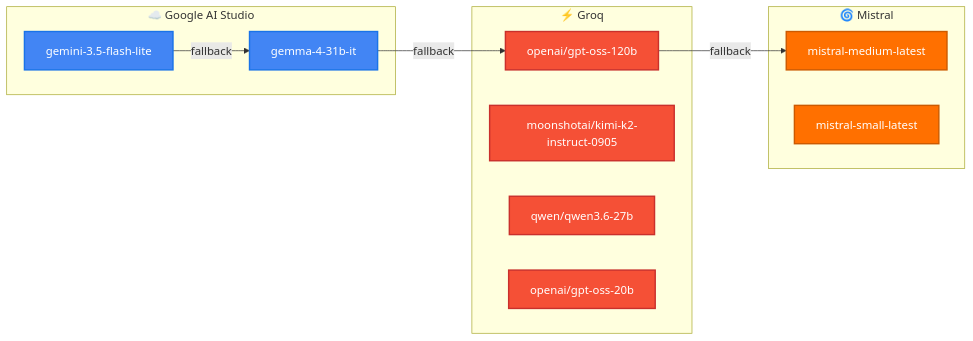
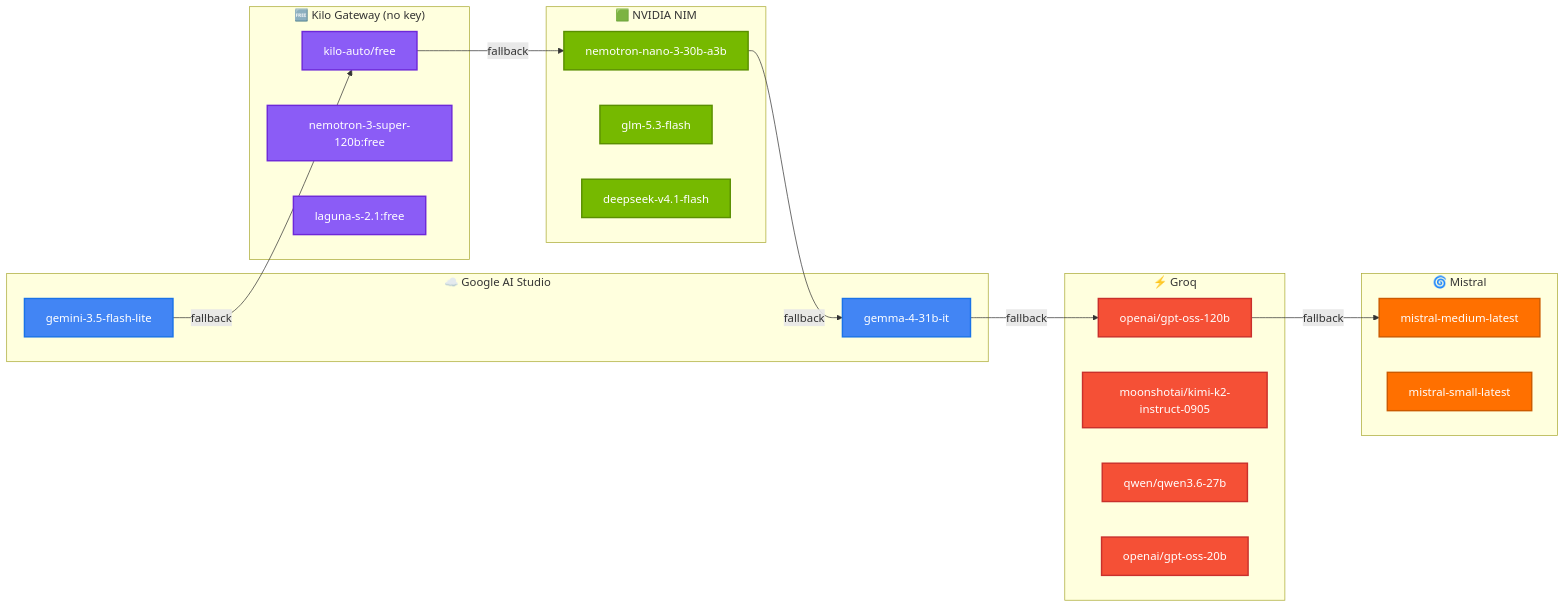
The third of 3 diagrams in README.md (kvcops/JobHunterX), drawn with Mermaid before and after one commit. The commit also changed other lines of this file and 17 other files, not shown here.

First line of the commit message:
Free AI with no key (Kilo), NVIDIA NIM, and keyless Deep Search

````diff
--- a/README.md
+++ b/README.md
@@ -401,25 +403,39 @@
 ```mermaid
 graph LR
     subgraph Google["☁️ Google AI Studio"]
         G1["gemma-4-31b-it"]
         G2["gemini-3.5-flash-lite"]
     end
     subgraph Groq["⚡ Groq"]
         GR1["openai/gpt-oss-120b"]
         GR2["moonshotai/kimi-k2-instruct-0905"]
         GR3["qwen/qwen3.6-27b"]
         GR4["openai/gpt-oss-20b"]
     end
     subgraph Mistral["🌀 Mistral"]
         M1["mistral-medium-latest"]
         M2["mistral-small-latest"]
     end
-    G2 -->|fallback| G1 -->|fallback| GR1 -->|fallback| M1
+    subgraph Kilo["🆓 Kilo Gateway (no key)"]
+        K1["kilo-auto/free"]
+        K2["nemotron-3-super-120b:free"]
+        K3["laguna-s-2.1:free"]
+    end
+    subgraph NIM["🟩 NVIDIA NIM"]
+        N1["nemotron-nano-3-30b-a3b"]
+        N2["glm-5.3-flash"]
+        N3["deepseek-v4.1-flash"]
+    end
+    G2 -->|fallback| K1 -->|fallback| N1 -->|fallback| G1 -->|fallback| GR1 -->|fallback| M1
 
     classDef google fill:#4285F4,stroke:#1a73e8,color:#fff,stroke-width:2px;
     classDef groq fill:#F55036,stroke:#c9302c,color:#fff,stroke-width:2px;
     classDef mistral fill:#FF7000,stroke:#cc5a00,color:#fff,stroke-width:2px;
+    classDef kilo fill:#8B5CF6,stroke:#6d28d9,color:#fff,stroke-width:2px;
+    classDef nim fill:#76B900,stroke:#5a8f00,color:#fff,stroke-width:2px;
+    class K1,K2,K3 kilo;
+    class N1,N2,N3 nim;
     class G1,G2 google;
     class GR1,GR2,GR3,GR4 groq;
     class M1,M2 mistral;
 ```
````
